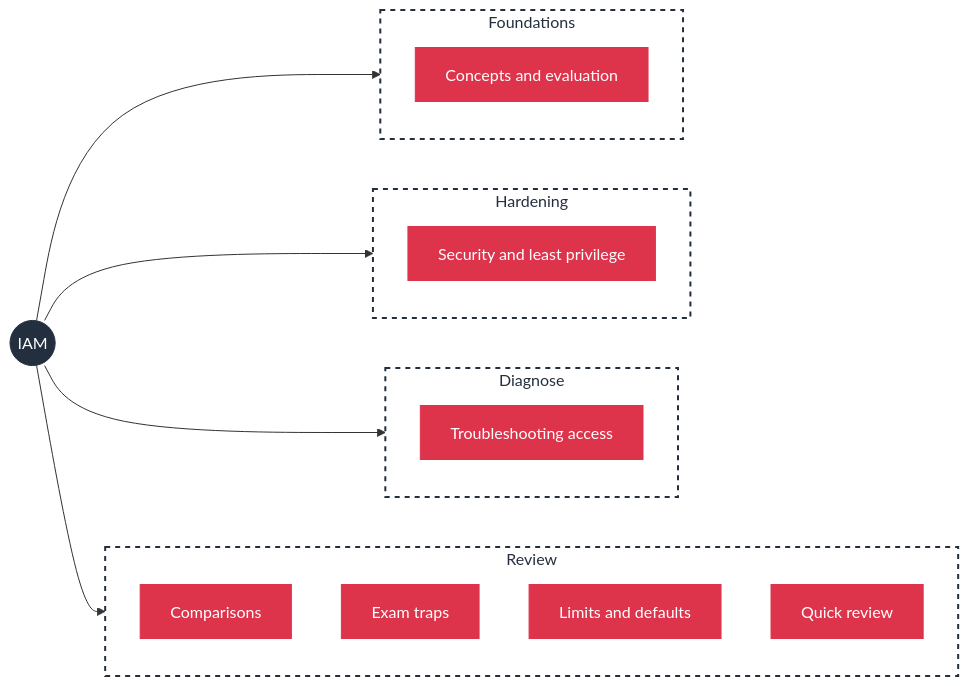
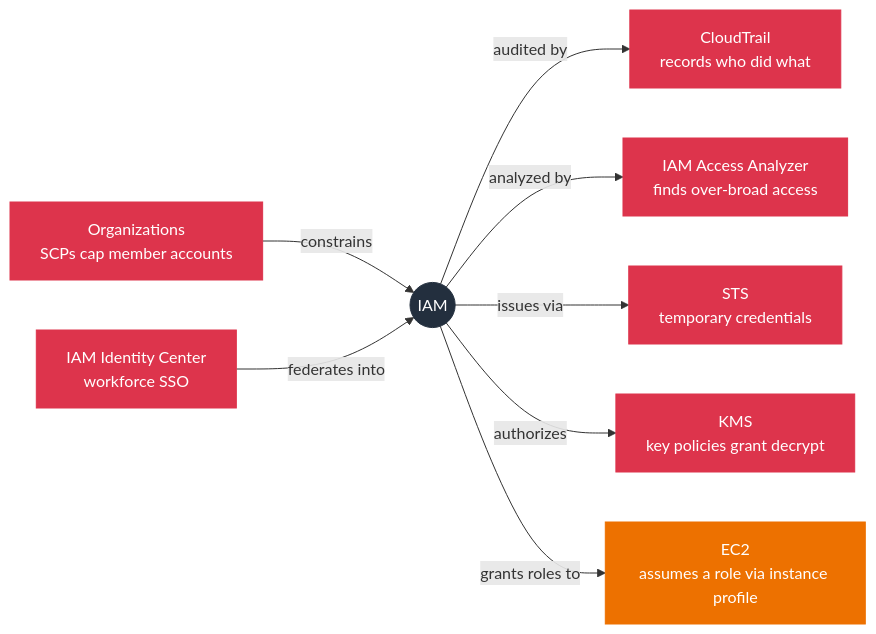
The second of 2 diagrams in 02-services/13-security-identity-compliance/01-iam/README.md (GabrielAlmeidaFlores/AWS-CloudOps-Engineer-Associate-Doc), drawn with Mermaid before and after one commit. The commit also changed other lines of this file and 3 other files, not shown here.

First line of the commit message:
docs: make README mind maps compact relationship maps

````diff
--- a/02-services/13-security-identity-compliance/01-iam/README.md
+++ b/02-services/13-security-identity-compliance/01-iam/README.md
@@ -72,30 +72,24 @@
 ```mermaid
 flowchart LR
-    ROOT(("IAM"))
-    subgraph FOUND["Foundations"]
-      F1["Concepts and evaluation"]:::security
-    end
-    subgraph HARDEN["Hardening"]
-      H1["Security and least privilege"]:::security
-    end
-    subgraph DIAG["Diagnose"]
-      D1["Troubleshooting access"]:::security
-    end
-    subgraph REVIEW["Review"]
-      R1["Comparisons"]:::security
-      R2["Exam traps"]:::security
-      R3["Limits and defaults"]:::security
-      R4["Quick review"]:::security
-    end
-    ROOT --> FOUND
-    ROOT --> HARDEN
-    ROOT --> DIAG
-    ROOT --> REVIEW
+    IAM(("IAM"))
+    CT["CloudTrail<br/>records who did what"]
+    AA["IAM Access Analyzer<br/>finds over-broad access"]
+    ORG["Organizations<br/>SCPs cap member accounts"]
+    IC["IAM Identity Center<br/>workforce SSO"]
+    STS["STS<br/>temporary credentials"]
+    KMS["KMS<br/>key policies grant decrypt"]
+    EC2["EC2<br/>assumes a role via instance profile"]
+    IAM -->|"audited by"| CT
+    IAM -->|"analyzed by"| AA
+    ORG -->|"constrains"| IAM
+    IC -->|"federates into"| IAM
+    IAM -->|"issues via"| STS
+    IAM -->|"authorizes"| KMS
+    IAM -->|"grants roles to"| EC2
     classDef security fill:#DD344C,stroke:#DD344C,color:#ffffff
+    classDef compute fill:#ED7100,stroke:#ED7100,color:#ffffff
     classDef actor fill:#232F3E,stroke:#232F3E,color:#ffffff
-    class ROOT actor
-    style FOUND fill:#ffffff,stroke:#232F3E,stroke-width:2px,stroke-dasharray:5 5,color:#232F3E
-    style HARDEN fill:#ffffff,stroke:#232F3E,stroke-width:2px,stroke-dasharray:5 5,color:#232F3E
-    style DIAG fill:#ffffff,stroke:#232F3E,stroke-width:2px,stroke-dasharray:5 5,color:#232F3E
-    style REVIEW fill:#ffffff,stroke:#232F3E,stroke-width:2px,stroke-dasharray:5 5,color:#232F3E
+    class IAM actor
+    class CT,AA,ORG,IC,STS,KMS security
+    class EC2 compute
 ```
````
